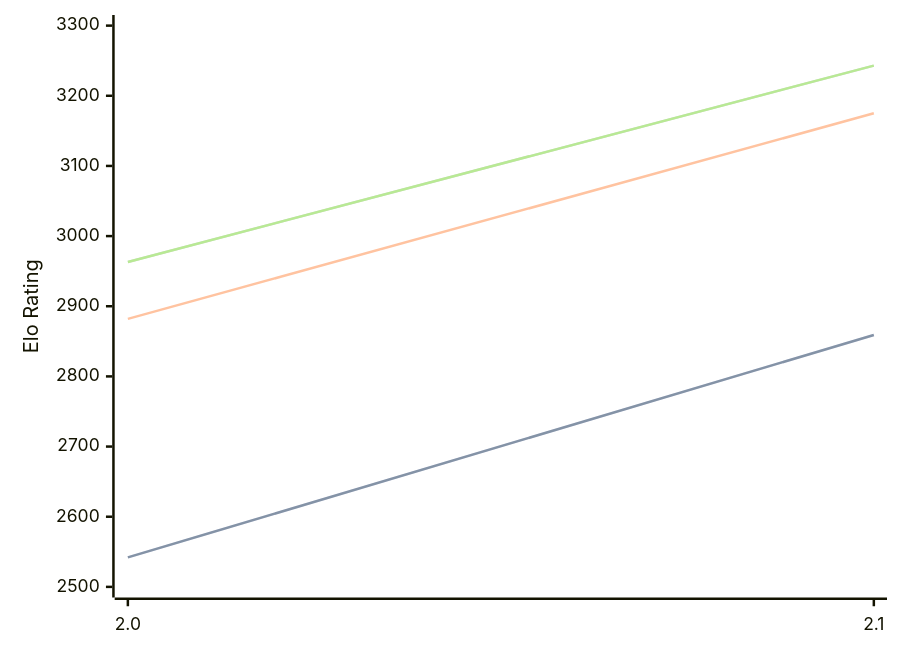
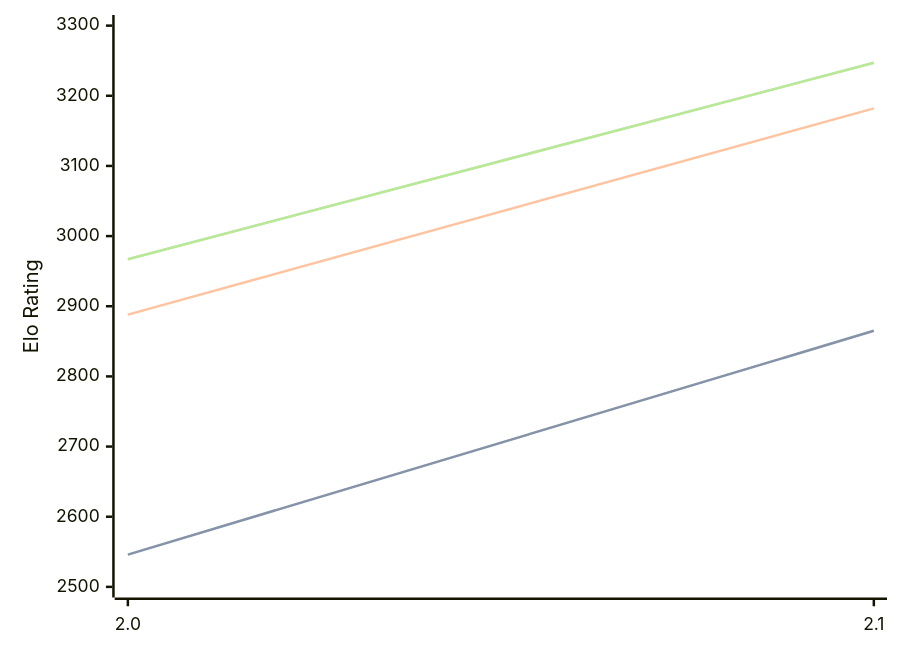
One commit to computer-chess-index/cci changed the diagram in engines/Tunguska.md. Above: the diagram before and after it, drawn with Mermaid. The commit also changed other lines of this file, not shown here.

Commit message:
Update CCI Ratings (ELO VLTC) - 2026-04-18

````diff
--- a/engines/Tunguska.md
+++ b/engines/Tunguska.md
@@ -32,11 +32,11 @@
 ```mermaid
 %%{init: {"theme":"base","themeVariables":{"seriesColors:['#a3a3a3','#222221','#faa371']}}}%%
 xychart-beta
   x-axis ["2.0", "2.1"]
   y-axis "Elo Rating" 2500 --> 3300
-  line "STC (8.0+0.08s)" [2542, 2859]
-  line "STC (8.0+0.08s)" [2542, 2859]
-  line "LTC (60.0+0.60s)" [2882, 3175]
-  line "VLTC (2m24s+1.12s)" [2963, 3243]
-  line "VLTC (2m24s+1.12s)" [2963, 3243]
+  line "STC (8.0+0.08s)" [2546, 2865]
+  line "STC (8.0+0.08s)" [2546, 2865]
+  line "LTC (60.0+0.60s)" [2888, 3182]
+  line "VLTC (2m24s+1.12s)" [2967, 3247]
+  line "VLTC (2m24s+1.12s)" [2967, 3247]
 ```
````
